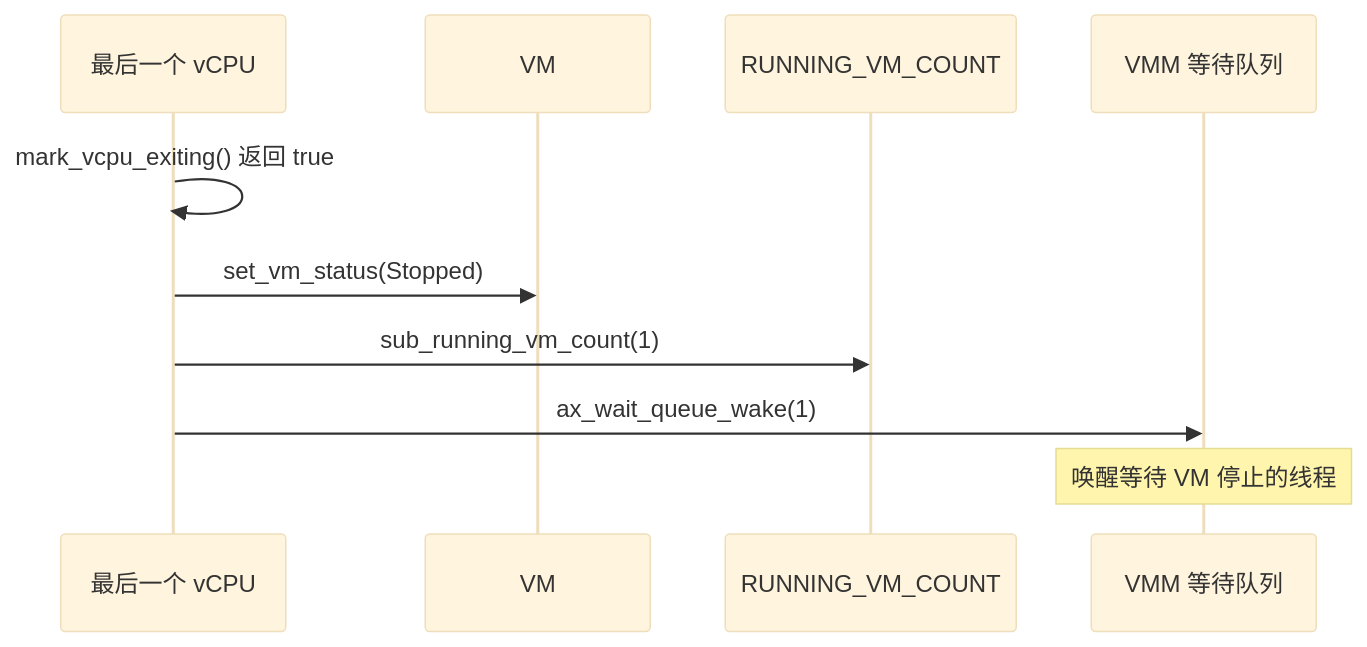
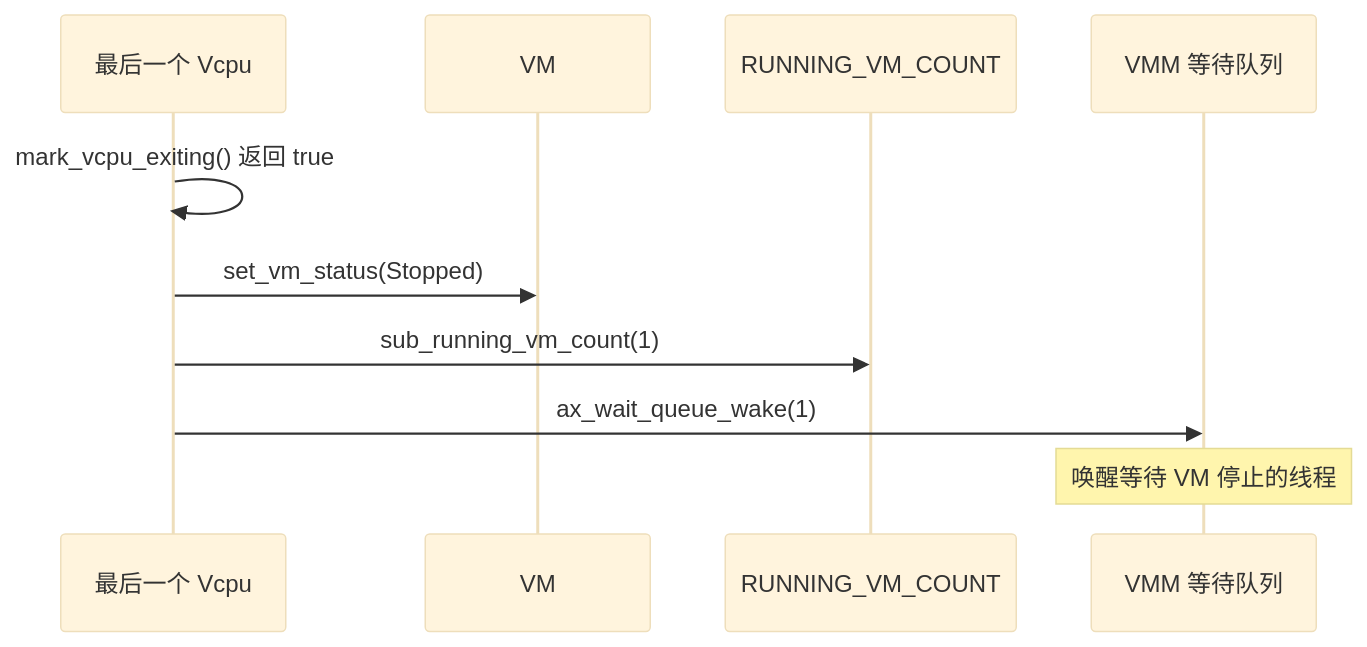
Before and after one commit to arceos-hypervisor/axvisorbook: diagram 16 of 18 in docs/design/guest/manager/vcpu-task.md, drawn with Mermaid (base theme). The commit also changed other lines of this file and 6 other files, not shown here.

````diff
--- a/docs/design/guest/manager/vcpu-task.md
+++ b/docs/design/guest/manager/vcpu-task.md
@@ -671,13 +671,13 @@
 ```mermaid
 sequenceDiagram
-    participant VCpu as 最后一个 vCPU
+    participant VCpu as 最后一个 Vcpu
     participant VM
     participant Counter as RUNNING_VM_COUNT
     participant VMM as VMM 等待队列
 
     VCpu->>VCpu: mark_vcpu_exiting() 返回 true
     VCpu->>VM: set_vm_status(Stopped)
     VCpu->>Counter: sub_running_vm_count(1)
     VCpu->>VMM: ax_wait_queue_wake(1)
     Note over VMM: 唤醒等待 VM 停止的线程
 ```
````
